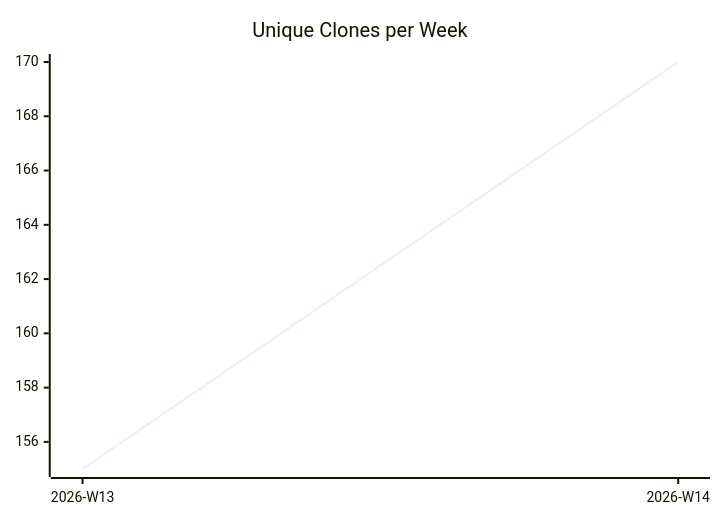
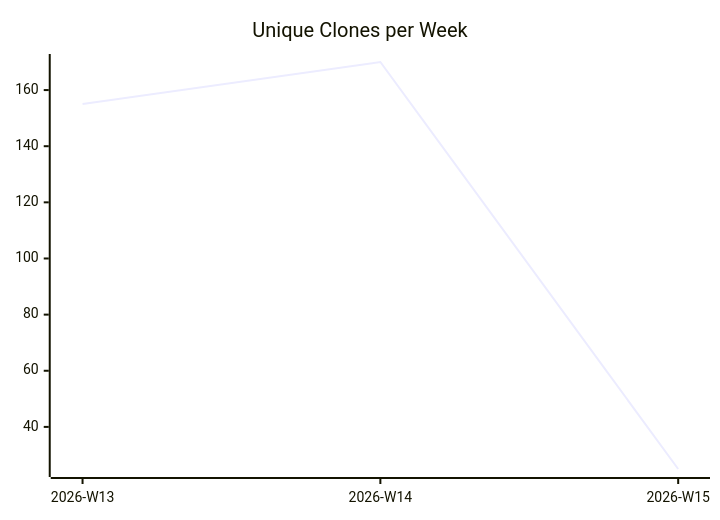
The third of 3 diagrams in karlmdavis/justdavis-finances/README.md (justdavis-family/github-analytics-data), drawn with Mermaid before and after one commit. The commit also changed other lines of this file and 190 other files, not shown here.

````diff
--- a/karlmdavis/justdavis-finances/README.md
+++ b/karlmdavis/justdavis-finances/README.md
@@ -19,6 +19,6 @@
 ```mermaid
 xychart-beta
   title "Unique Clones per Week"
-  x-axis ["2026-W13", "2026-W14"]
-  line [155, 170]
+  x-axis ["2026-W13", "2026-W14", "2026-W15"]
+  line [155, 170, 25]
 ```
````
